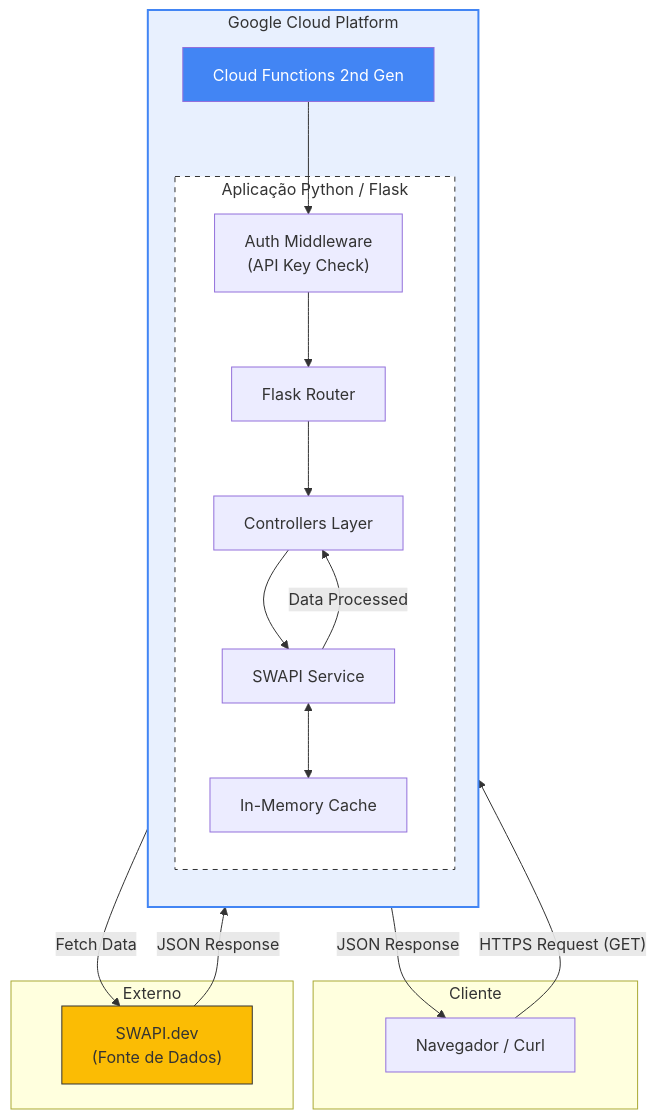
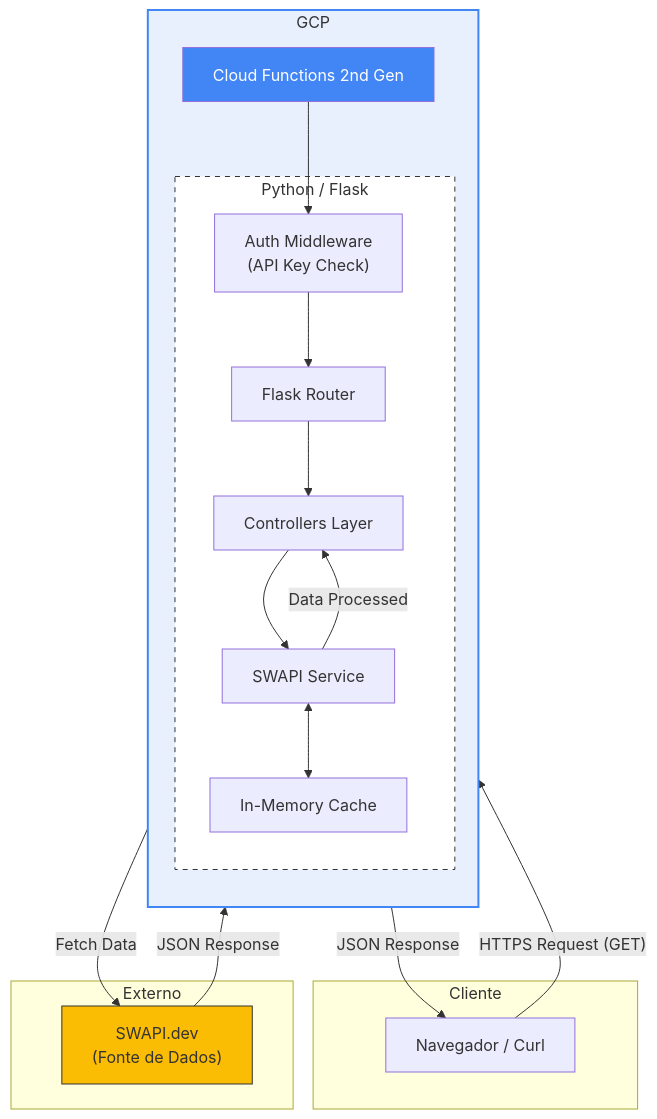
The diagram in README.md (Douglas-L-A/starwars-api), drawn with Mermaid before and after one commit.

Commit message:
Atualizado README

````diff
--- a/README.md
+++ b/README.md
@@ -15,43 +15,43 @@
 ```mermaid
 graph TD
     subgraph Client_Side [Cliente]
         Browser["Navegador / Curl"]
     end
 
-    subgraph GCP [Google Cloud Platform]
+    subgraph GCP [GCP]
         direction TB
         
         CF[Cloud Functions 2nd Gen]
         
-        subgraph App_Logic [Aplicação Python / Flask]
+        subgraph App_Logic [Python / Flask]
             Auth["Auth Middleware<br/>(API Key Check)"]
             Router[Flask Router]
             Controller[Controllers Layer]
             Service[SWAPI Service]
             Cache[In-Memory Cache]
         end
         
         CF --> Auth
         Auth --> Router
         Router --> Controller
         Controller --> Service
         Service <--> Cache
     end
 
     subgraph External [Externo]
         SWAPI["SWAPI.dev<br/>(Fonte de Dados)"]
     end
 
     %% Fluxo
     Browser -- "HTTPS Request (GET)" --> CF
     Service -- "Fetch Data" --> SWAPI
     SWAPI -- "JSON Response" --> Service
     Service -- "Data Processed" --> Controller
     Controller -- "JSON Response" --> Browser
 
     %% Estilização
     style GCP fill:#e8f0fe,stroke:#4285f4,stroke-width:2px
     style CF fill:#4285f4,color:#fff
     style SWAPI fill:#fbbc04,stroke:#333
     style App_Logic fill:#fff,stroke:#333,stroke-dasharray: 5 5
 ```
````
